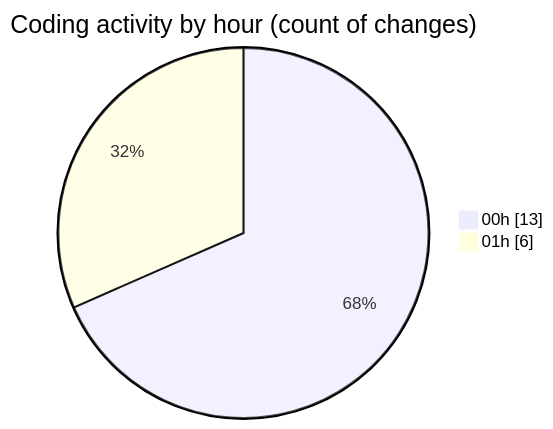
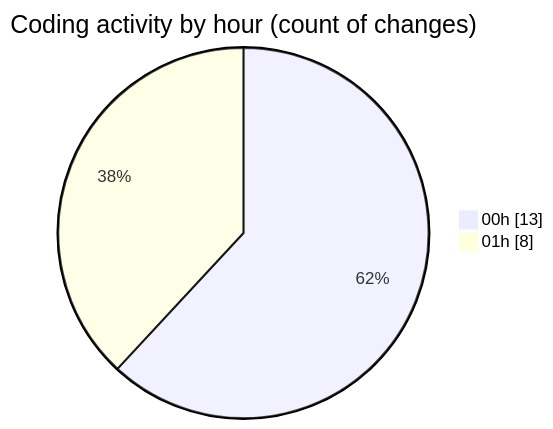
The second of 2 diagrams in 2025-09-09/hiai-phf/README.md (lephambinh05/code-tracking), drawn with Mermaid before and after one commit. The commit also changed other lines of this file and 1 other file, not shown here.

````diff
--- a/2025-09-09/hiai-phf/README.md
+++ b/2025-09-09/hiai-phf/README.md
@@ -43,6 +44,6 @@
 ```mermaid
 pie showData
 title Coding activity by hour (count of changes)
 "00h" : 13
-"01h" : 6
+"01h" : 8
 ```
````
